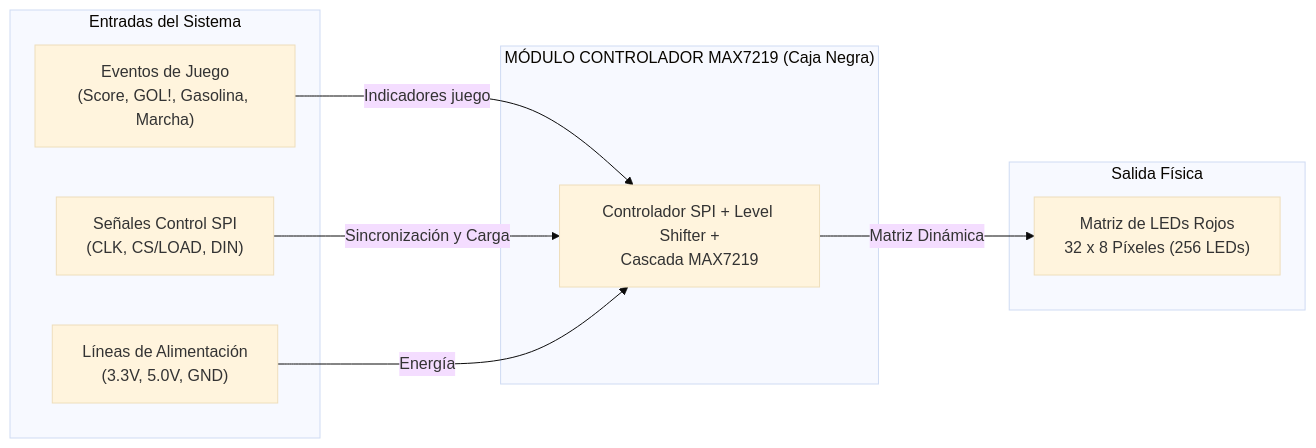
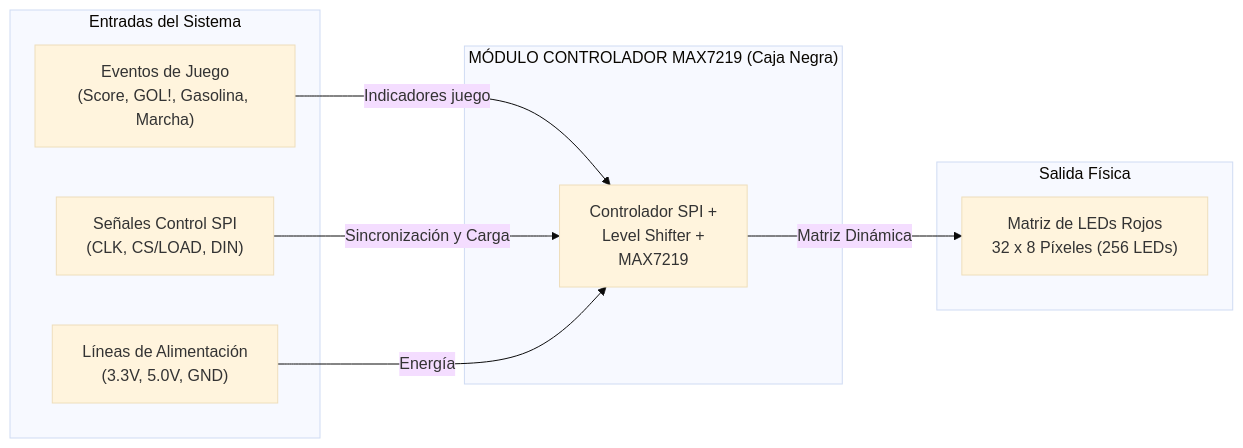
One commit to KUBIX2026/MAX7219- changed the first of 2 diagrams in README.md. Above: the diagram before and after it, drawn with Mermaid (base theme).

Commit message:
Fix formatting in README for MAX7219 controller

````diff
--- a/README.md
+++ b/README.md
@@ -46,21 +46,21 @@
 ```mermaid
 graph LR
     subgraph Entradas ["Entradas del Sistema"]
         E1["Eventos de Juego<br>(Score, GOL!, Gasolina, Marcha)"]
         E2["Señales Control SPI<br>(CLK, CS/LOAD, DIN)"]
         E3["Líneas de Alimentación<br>(3.3V, 5.0V, GND)"]
     end
 
     subgraph BlackBox ["MÓDULO CONTROLADOR MAX7219 (Caja Negra)"]
-        CB["Controlador SPI + Level Shifter +<br>Cascada MAX7219"]
+        CB["Controlador SPI +<br> Level Shifter +<br> MAX7219"]
     end
 
     subgraph Salida ["Salida Física"]
         S1["Matriz de LEDs Rojos<br>32 x 8 Píxeles (256 LEDs)"]
     end
 
     E1 -->|Indicadores juego| CB
     E2 -->|Sincronización y Carga| CB
     E3 -->|Energía| CB
     CB -->|Matriz Dinámica| S1
 ```
````
